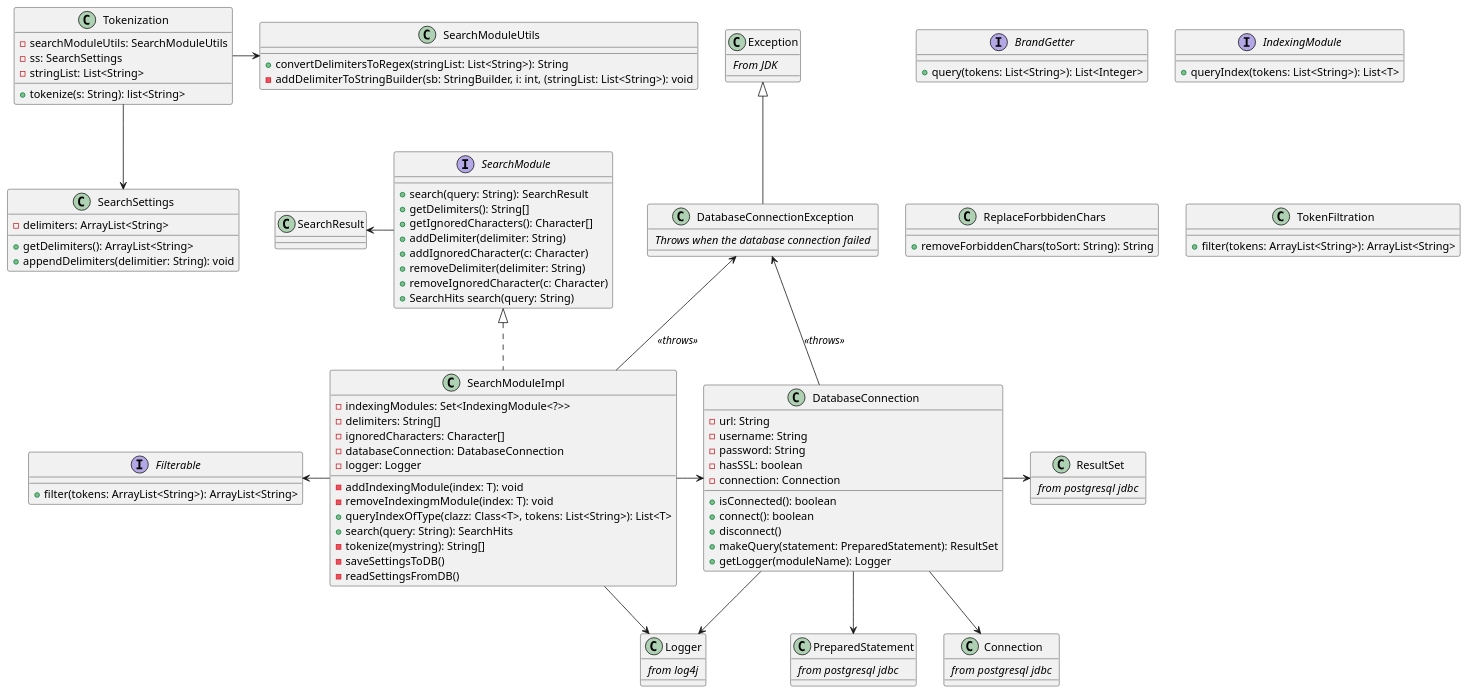
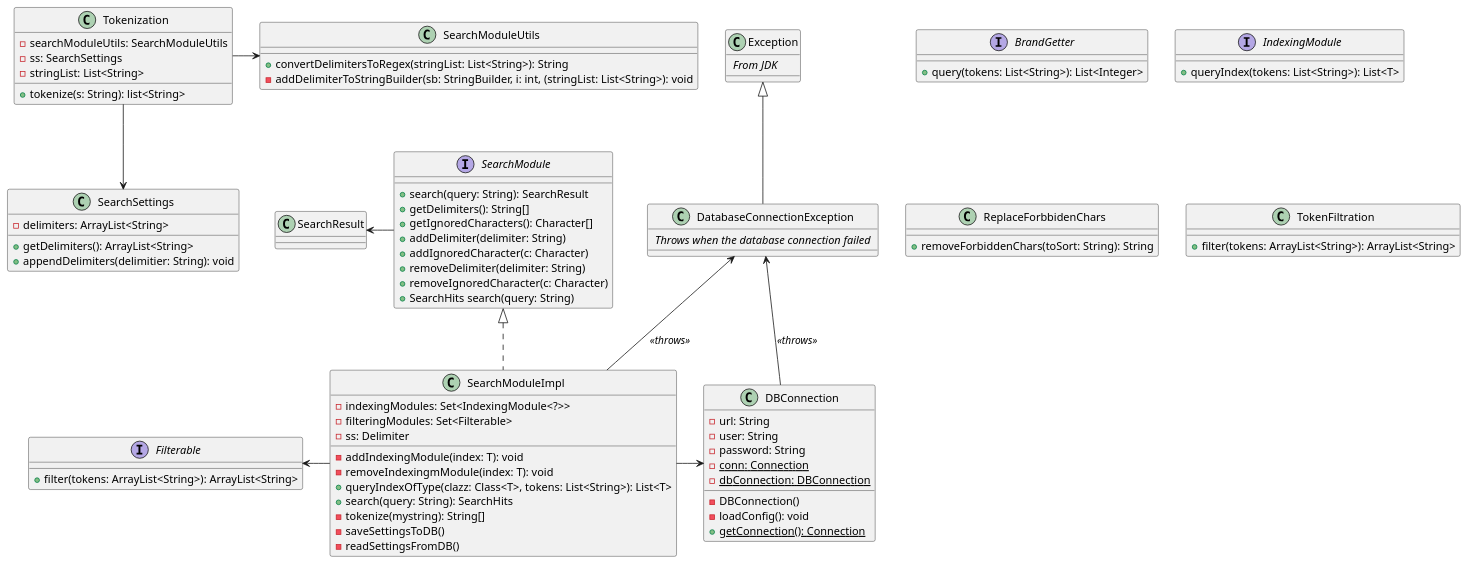
One commit to LangeHenrik/SDU-SE-F22 changed the diagram in src/main/java/dk/sdu/se_f22/searchmodule/infrastructure/diagrams/classdiagram.puml. Above: the diagram before and after it, drawn with PlantUML. The commit also changed 2 other files, not shown here.

Commit message:
changed variable names in SearchModuleImpl and Tokenization

```diff
--- a/src/main/java/dk/sdu/se_f22/searchmodule/infrastructure/diagrams/classdiagram.puml
+++ b/src/main/java/dk/sdu/se_f22/searchmodule/infrastructure/diagrams/classdiagram.puml
@@ -1,128 +1,98 @@
 @startuml
 
 interface BrandGetter {
     + query(tokens: List<String>): List<Integer>
 }
 
 interface Filterable {
     + filter(tokens: ArrayList<String>): ArrayList<String>
 }
 
 interface IndexingModule {
     + queryIndex(tokens: List<String>): List<T>
 }
 
 
 interface SearchModule {
     + search(query: String): SearchResult
     + getDelimiters(): String[]
     + getIgnoredCharacters(): Character[]
     + addDelimiter(delimiter: String)
     + addIgnoredCharacter(c: Character)
     + removeDelimiter(delimiter: String)
     + removeIgnoredCharacter(c: Character)
     + SearchHits search(query: String)
 }
 
 class ReplaceForbbidenChars {
     + removeForbiddenChars(toSort: String): String
 }
 
 class SearchModuleImpl implements SearchModule {
     - indexingModules: Set<IndexingModule<?>>
-    - delimiters: String[]
-    - ignoredCharacters: Character[]
-    - databaseConnection: DatabaseConnection
-    - logger: Logger
+    - filteringModules: Set<Filterable>
+    - ss: Delimiter
     - addIndexingModule(index: T): void
     - removeIndexingmModule(index: T): void
     + queryIndexOfType(clazz: Class<T>, tokens: List<String>): List<T>
     + search(query: String): SearchHits
     - tokenize(mystring): String[]
     - saveSettingsToDB()
     - readSettingsFromDB()
 }
 
 class SearchModuleUtils {
     + convertDelimitersToRegex(stringList: List<String>): String
     - addDelimiterToStringBuilder(sb: StringBuilder, i: int, (stringList: List<String>): void
 }
 
 class SearchSettings {
     - delimiters: ArrayList<String>
     + getDelimiters(): ArrayList<String>
     + appendDelimiters(delimitier: String): void
 }
 
 class TokenFiltration {
     +filter(tokens: ArrayList<String>): ArrayList<String>
 }
 
 class Tokenization {
     - searchModuleUtils: SearchModuleUtils
     - ss: SearchSettings
     - stringList: List<String>
     +tokenize(s: String): list<String>
 }
 
-class DatabaseConnection {
+class DBConnection {
     - url: String
-    - username: String
+    - user: String
     - password: String
-    - hasSSL: boolean
-    - connection: Connection
+    - {static} conn: Connection
+    - {static} dbConnection: DBConnection
 
-    + isConnected(): boolean
-    + connect(): boolean
-    + disconnect()
-    + makeQuery(statement: PreparedStatement): ResultSet
+    - DBConnection()
+    - loadConfig(): void
+    + {static} getConnection(): Connection
     ' see https://stackoverflow.com/a/36710057
-    + getLogger(moduleName): Logger
 }
 
 class Exception {
     // From JDK //
 }
 
 class DatabaseConnectionException extends Exception {
     // Throws when the database connection failed //
 }
 
 
-class Connection {
-    // from postgresql jdbc //
-}
-
-class PreparedStatement {
-    // from postgresql jdbc //
-}
-
-class ResultSet {
-    // from postgresql jdbc //
-}
-
-class Logger {
-    // from log4j //
-}
 
 Tokenization -> SearchModuleUtils
 Tokenization --> SearchSettings
 SearchResult <- SearchModule
 Filterable <- SearchModuleImpl
-SearchModuleImpl -> DatabaseConnection
-DatabaseConnectionException <-- DatabaseConnection: //<<throws>>//
+SearchModuleImpl -> DBConnection
+DatabaseConnectionException <-- DBConnection: //<<throws>>//
 DatabaseConnectionException <-- SearchModuleImpl: //<<throws>>//
-
-SearchModuleImpl --> Logger
-DatabaseConnection -> Logger
-
-DatabaseConnection -> ResultSet
-DatabaseConnection -> PreparedStatement
-DatabaseConnection -> Connection
-
-ResultSet --[hidden]> PreparedStatement
-PreparedStatement -[hidden]> Connection
-
 
 
 @enduml
```
